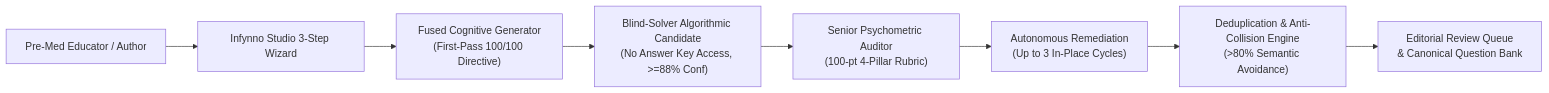
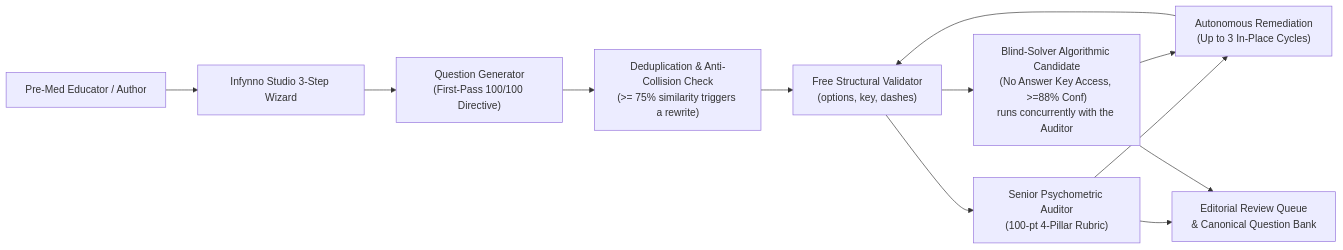
The first of 6 diagrams in docs/CLIENT_SYSTEM_AND_WORKFLOW_GUIDE.md (VishwamPatel-Infynno/Question-Bank-Generator), drawn with Mermaid before and after one commit. The commit also changed other lines of this file and 24 other files, not shown here.

Commit message:
docs: comprehensive documentation synchronization, architecture alignment, and glossary addition

````diff
--- a/docs/CLIENT_SYSTEM_AND_WORKFLOW_GUIDE.md
+++ b/docs/CLIENT_SYSTEM_AND_WORKFLOW_GUIDE.md
@@ -40,10 +40,14 @@
 ```mermaid
 flowchart LR
     A["Pre-Med Educator / Author"] --> B["Infynno Studio 3-Step Wizard"]
-    B --> C["Fused Cognitive Generator<br/>(First-Pass 100/100 Directive)"]
-    C --> D["Blind-Solver Algorithmic Candidate<br/>(No Answer Key Access, >=88% Conf)"]
-    D --> E["Senior Psychometric Auditor<br/>(100-pt 4-Pillar Rubric)"]
-    E --> F["Autonomous Remediation<br/>(Up to 3 In-Place Cycles)"]
-    F --> G["Deduplication & Anti-Collision Engine<br/>(>80% Semantic Avoidance)"]
-    G --> H["Editorial Review Queue<br/>& Canonical Question Bank"]
+    B --> C["Question Generator<br>(First-Pass 100/100 Directive)"]
+    C --> G["Deduplication & Anti-Collision Check<br>(>= 75% similarity triggers a rewrite)"]
+    G --> V["Free Structural Validator<br>(options, key, dashes)"]
+    V --> E["Senior Psychometric Auditor<br>(100-pt 4-Pillar Rubric)"]
+    V --> D["Blind-Solver Algorithmic Candidate<br>(No Answer Key Access, >=88% Conf)<br>runs concurrently with the Auditor"]
+    E --> F["Autonomous Remediation<br>(Up to 3 In-Place Cycles)"]
+    D --> F
+    F --> V
+    E --> H["Editorial Review Queue<br>& Canonical Question Bank"]
+    D --> H
 ```
````
